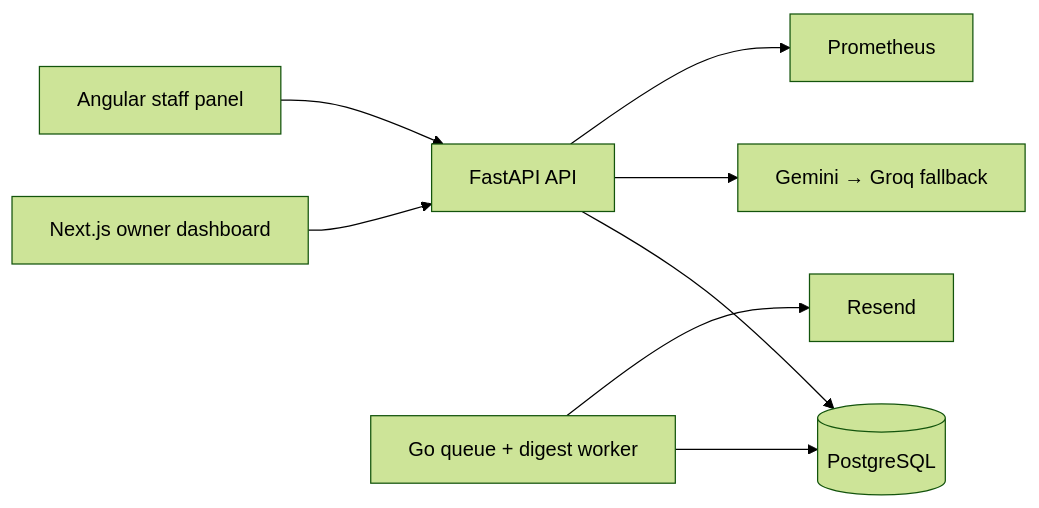
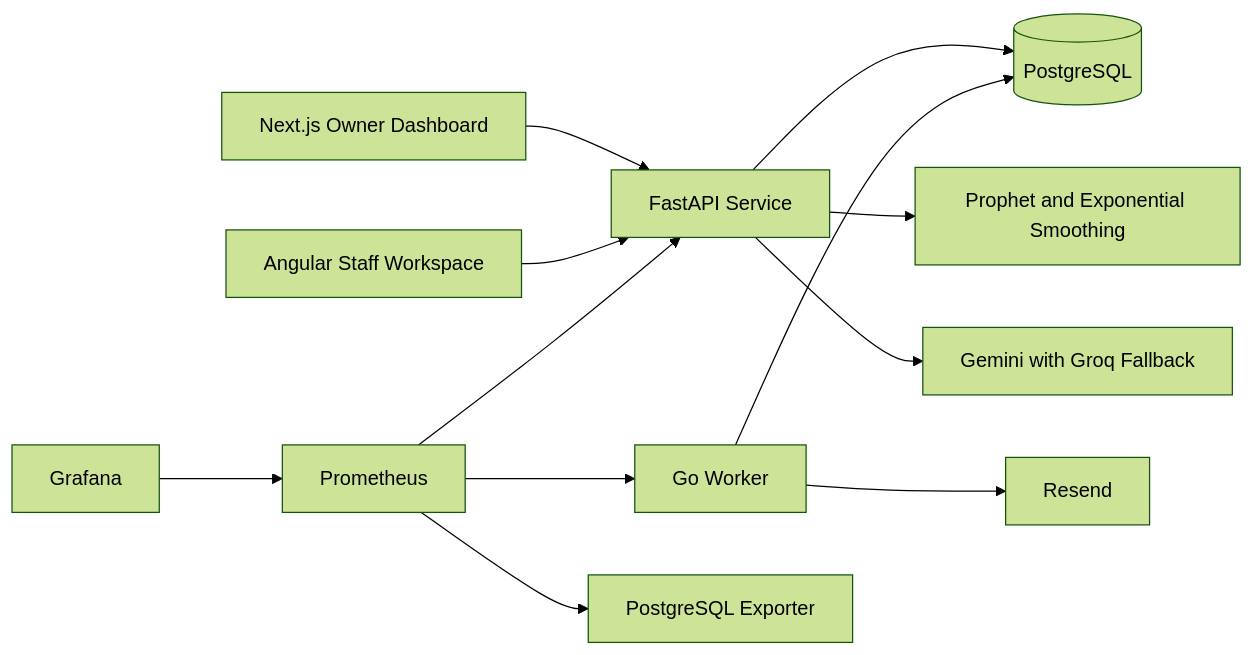
The diagram in README.md (SarmadAli8824/Sme-Retail-Intelligence), drawn with Mermaid (forest theme) before and after one commit. The commit also changed other lines of this file and 53 other files, not shown here.

````diff
--- a/README.md
+++ b/README.md
@@ -9,10 +18,14 @@
 ```mermaid
 flowchart LR
-  Owner[Next.js owner dashboard] --> API[FastAPI API]
-  Admin[Angular staff panel] --> API
-  API --> PG[(PostgreSQL)]
-  API --> LLM[Gemini → Groq fallback]
-  Worker[Go queue + digest worker] --> PG
-  Worker --> Resend
-  API --> Prometheus
+    Owner[Next.js Owner Dashboard] --> API[FastAPI Service]
+    Staff[Angular Staff Workspace] --> API
+    API --> Database[(PostgreSQL)]
+    API --> Models[Prophet and Exponential Smoothing]
+    API --> LLM[Gemini with Groq Fallback]
+    Worker[Go Worker] --> Database
+    Worker --> Email[Resend]
+    Prometheus --> API
+    Prometheus --> Worker
+    Prometheus --> Exporter[PostgreSQL Exporter]
+    Grafana --> Prometheus
 ```
````
